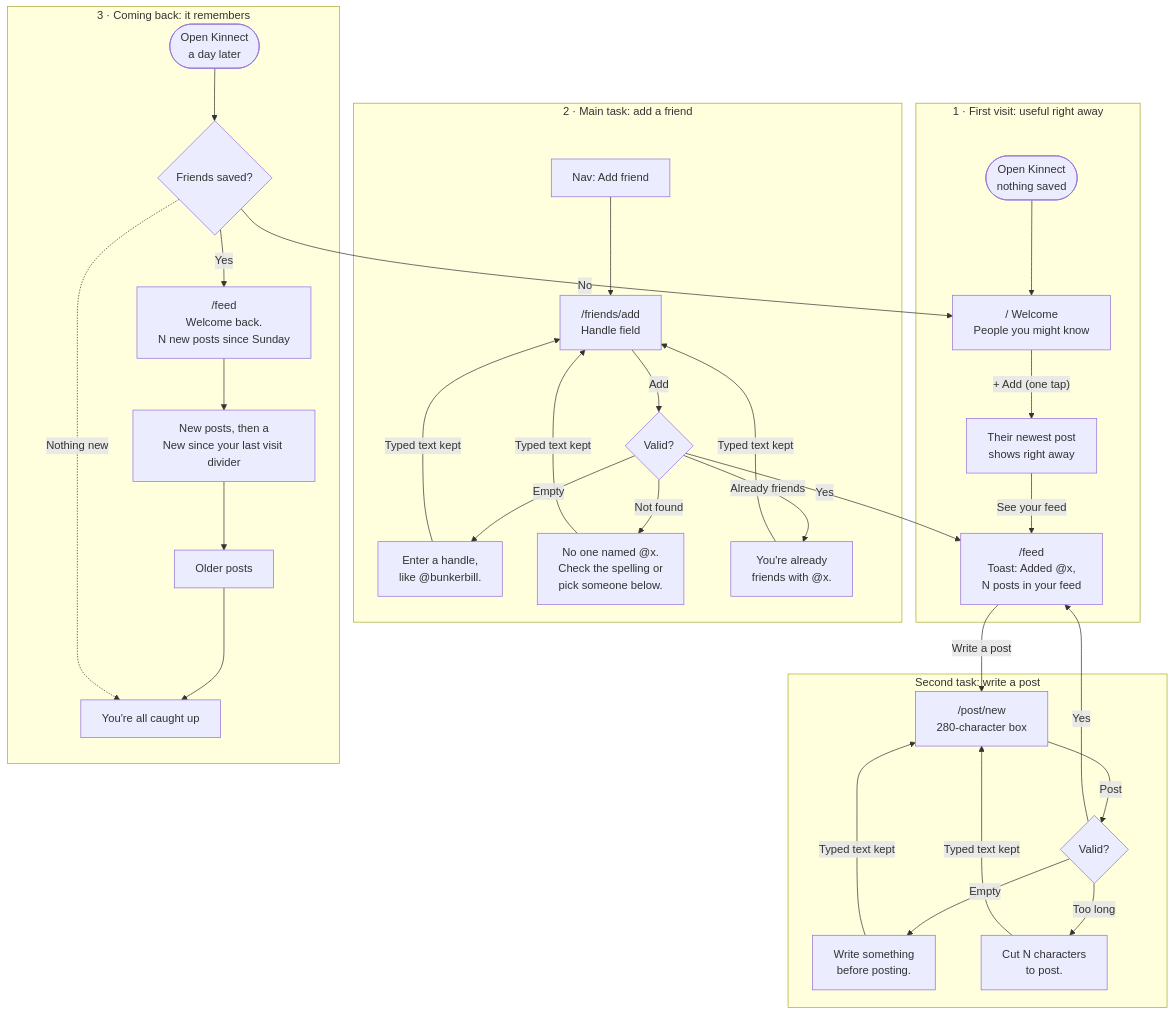
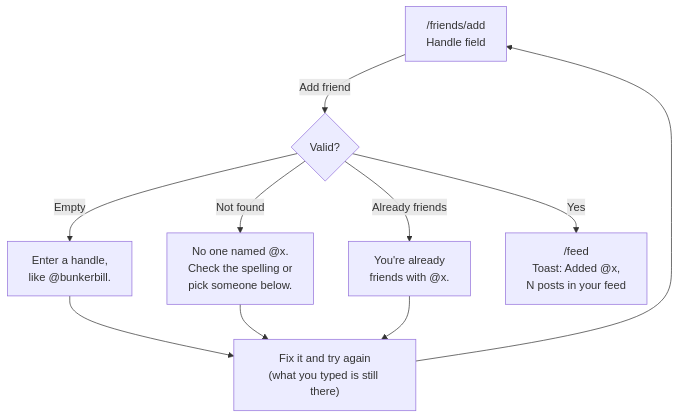
One commit to kenpiech/kinnect changed the second of 5 diagrams in flows.md. Above: the diagram before and after it, drawn with Mermaid. The commit also changed other lines of this file, not shown here.

Commit message:
Redraw flows as separate diagrams
The single chart shared one /feed node across all four flows, so lines
crossed between sections. Each flow is now its own diagram.

````diff
--- a/flows.md
+++ b/flows.md
@@ -9,37 +24,10 @@
 ```mermaid
 flowchart TD
-    subgraph first["1 · First visit: useful right away"]
-        A([Open Kinnect<br/>nothing saved]) --> B["/ Welcome<br/>People you might know"]
-        B -->|"+ Add (one tap)"| C[Their newest post<br/>shows right away]
-        C -->|See your feed| F
-    end
-
-    subgraph task["2 · Main task: add a friend"]
-        N[Nav: Add friend] --> D["/friends/add<br/>Handle field"]
-        D -->|Add| V{Valid?}
-        V -->|Empty| E1["Enter a handle,<br/>like @bunkerbill."]
-        V -->|Not found| E2["No one named @x.<br/>Check the spelling or<br/>pick someone below."]
-        V -->|Already friends| E3["You're already<br/>friends with @x."]
-        E1 & E2 & E3 -->|Typed text kept| D
-        V -->|Yes| F["/feed<br/>Toast: Added @x,<br/>N posts in your feed"]
-    end
-
-    subgraph post["Second task: write a post"]
-        F -->|Write a post| P["/post/new<br/>280-character box"]
-        P -->|Post| PV{Valid?}
-        PV -->|Empty| PE1[Write something<br/>before posting.]
-        PV -->|Too long| PE2[Cut N characters<br/>to post.]
-        PE1 & PE2 -->|Typed text kept| P
-        PV -->|Yes| F
-    end
-
-    subgraph back["3 · Coming back: it remembers"]
-        R([Open Kinnect<br/>a day later]) --> S{Friends saved?}
-        S -->|No| B
-        S -->|Yes| W["/feed<br/>Welcome back.<br/>N new posts since Sunday"]
-        W --> NEW[New posts, then a<br/>New since your last visit divider]
-        NEW --> OLD[Older posts]
-        OLD --> CU[You're all caught up]
-        S -.->|Nothing new| CU
-    end
+    A["/friends/add<br/>Handle field"] -->|Add friend| V{Valid?}
+    V -->|Empty| E1["Enter a handle,<br/>like @bunkerbill."]
+    V -->|Not found| E2["No one named @x.<br/>Check the spelling or<br/>pick someone below."]
+    V -->|Already friends| E3["You're already<br/>friends with @x."]
+    E1 & E2 & E3 --> FIX["Fix it and try again<br/>(what you typed is still there)"]
+    FIX --> A
+    V -->|Yes| OK["/feed<br/>Toast: Added @x,<br/>N posts in your feed"]
 ```
````
